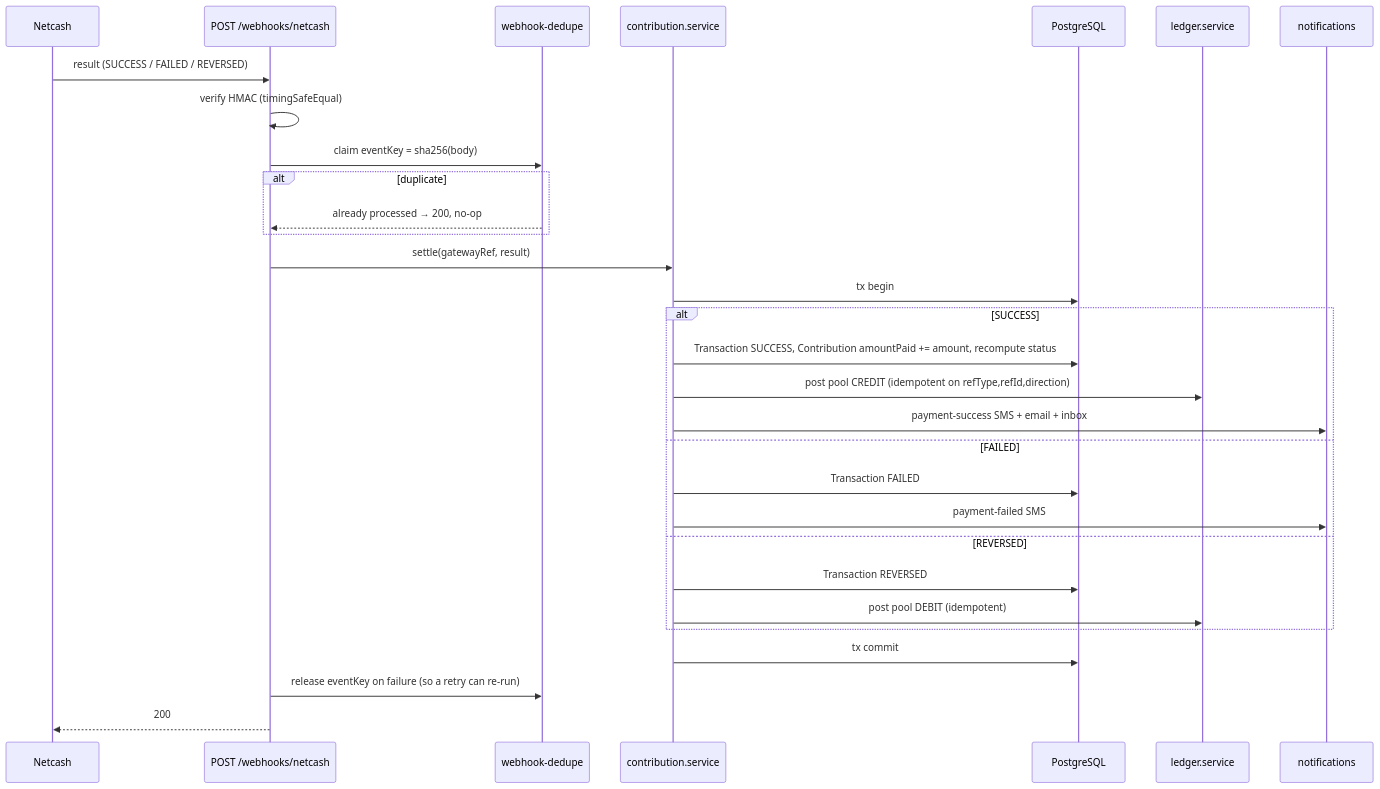
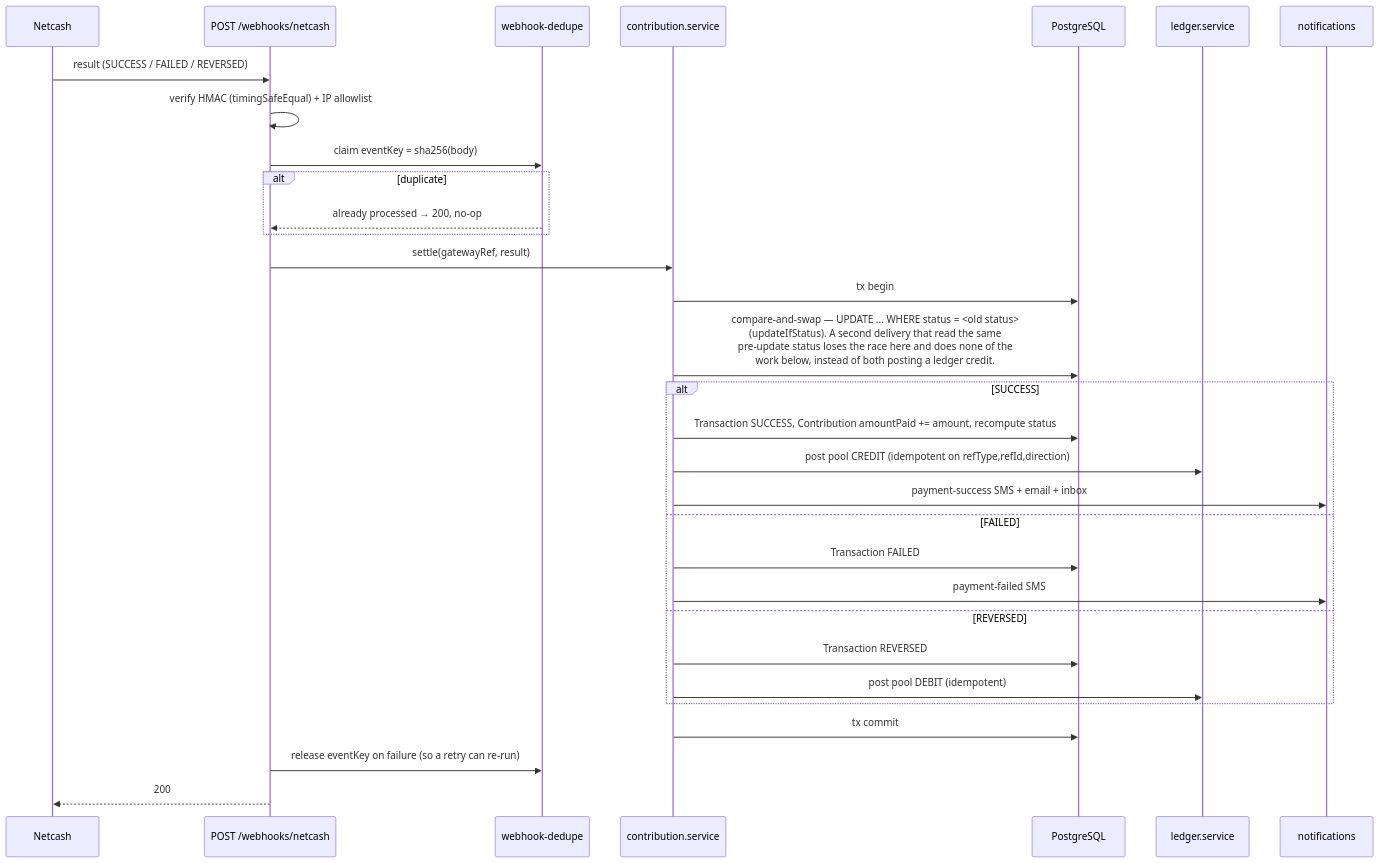
Before and after one commit to KSDRILL-SA/Xkimi-Xa-Mali: the fourth of 4 diagrams in docs/flows/02-payment-flow.md, drawn with Mermaid. The commit also changed other lines of this file and 5 other files, not shown here.

````diff
--- a/docs/flows/02-payment-flow.md
+++ b/docs/flows/02-payment-flow.md
@@ -84,33 +84,34 @@
 ```mermaid
 sequenceDiagram
     participant NC as Netcash
     participant WH as POST /webhooks/netcash
     participant DD as webhook-dedupe
     participant SVC as contribution.service
     participant DB as PostgreSQL
     participant LED as ledger.service
     participant N as notifications
 
     NC->>WH: result (SUCCESS / FAILED / REVERSED)
-    WH->>WH: verify HMAC (timingSafeEqual)
+    WH->>WH: verify HMAC (timingSafeEqual) + IP allowlist
     WH->>DD: claim eventKey = sha256(body)
     alt duplicate
         DD-->>WH: already processed → 200, no-op
     end
     WH->>SVC: settle(gatewayRef, result)
     SVC->>DB: tx begin
+    SVC->>DB: compare-and-swap — UPDATE ... WHERE status = <old status><br/>(updateIfStatus). A second delivery that read the same<br/>pre-update status loses the race here and does none of the<br/>work below, instead of both posting a ledger credit.
     alt SUCCESS
         SVC->>DB: Transaction SUCCESS, Contribution amountPaid += amount, recompute status
         SVC->>LED: post pool CREDIT (idempotent on refType,refId,direction)
         SVC->>N: payment-success SMS + email + inbox
     else FAILED
         SVC->>DB: Transaction FAILED
         SVC->>N: payment-failed SMS
     else REVERSED
         SVC->>DB: Transaction REVERSED
         SVC->>LED: post pool DEBIT (idempotent)
     end
     SVC->>DB: tx commit
     WH->>DD: release eventKey on failure (so a retry can re-run)
     WH-->>NC: 200
 ```
````
